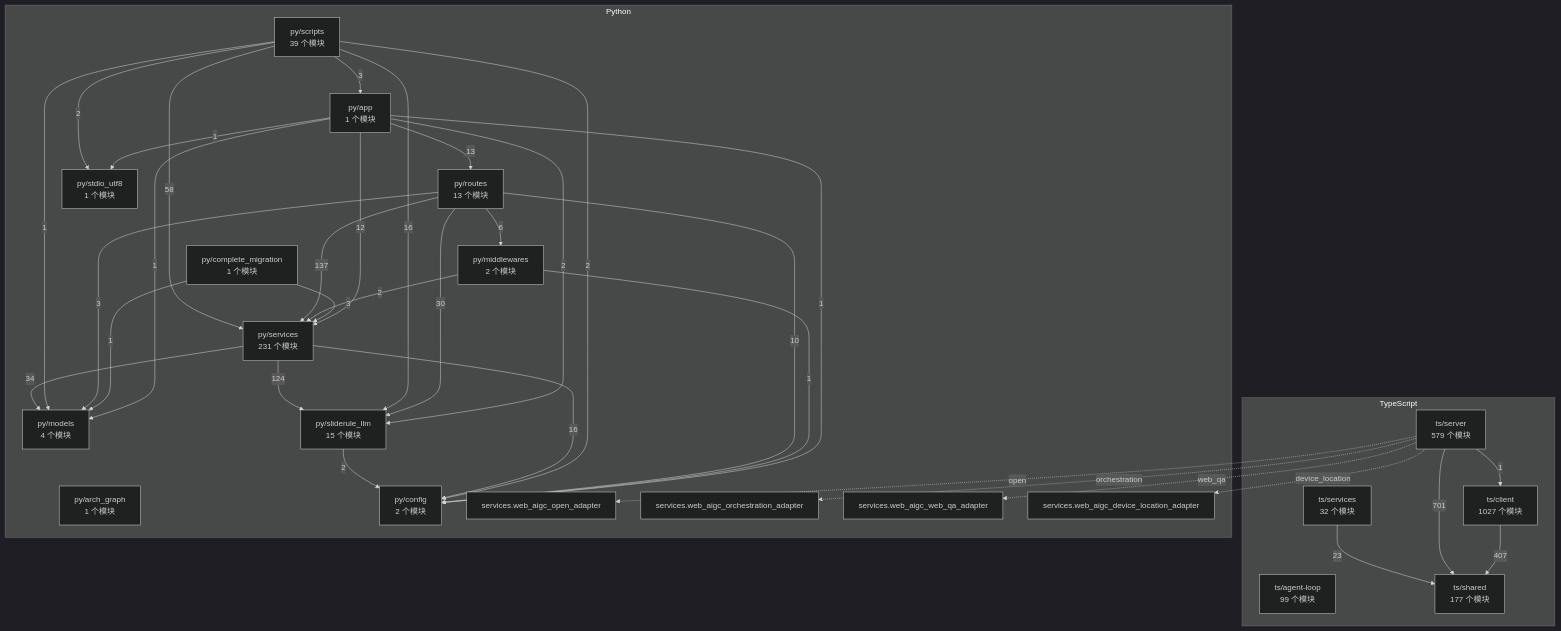
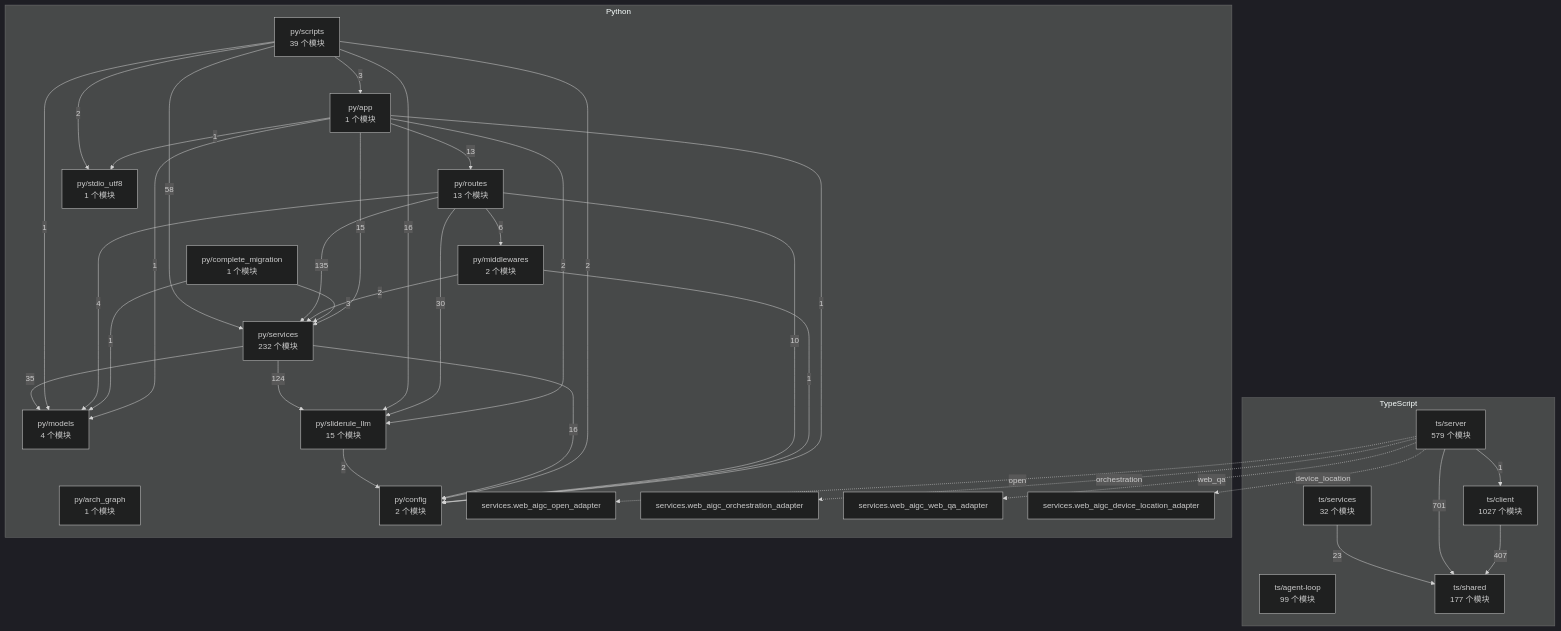
Before and after one commit to 2686521696/WhyBuddy: the diagram in docs/WhyBuddy 全仓架构图（自动生成）.md, drawn with Mermaid (dark theme). The commit also changed 14 other files, not shown here.

````diff
--- a/docs/WhyBuddy 全仓架构图（自动生成）.md
+++ b/docs/WhyBuddy 全仓架构图（自动生成）.md
@@ -14,60 +14,60 @@
 ```mermaid
 flowchart TB
   subgraph ts [TypeScript]
     ts_agent_loop["ts/agent-loop<br/>99 个模块"]
     ts_client["ts/client<br/>1027 个模块"]
     ts_server["ts/server<br/>579 个模块"]
     ts_services["ts/services<br/>32 个模块"]
     ts_shared["ts/shared<br/>177 个模块"]
   end
   subgraph py [Python]
     py_app["py/app<br/>1 个模块"]
     py_arch_graph["py/arch_graph<br/>1 个模块"]
     py_complete_migration["py/complete_migration<br/>1 个模块"]
     py_config["py/config<br/>2 个模块"]
     py_middlewares["py/middlewares<br/>2 个模块"]
     py_models["py/models<br/>4 个模块"]
     py_routes["py/routes<br/>13 个模块"]
     py_scripts["py/scripts<br/>39 个模块"]
-    py_services["py/services<br/>231 个模块"]
+    py_services["py/services<br/>232 个模块"]
     py_sliderule_llm["py/sliderule_llm<br/>15 个模块"]
     py_stdio_utf8["py/stdio_utf8<br/>1 个模块"]
     py_services_web_aigc_open_adapter["services.web_aigc_open_adapter"]
     py_services_web_aigc_orchestration_adapter["services.web_aigc_orchestration_adapter"]
     py_services_web_aigc_web_qa_adapter["services.web_aigc_web_qa_adapter"]
     py_services_web_aigc_device_location_adapter["services.web_aigc_device_location_adapter"]
   end
   ts_client -->|407| ts_shared
   ts_server -->|1| ts_client
   ts_server -->|701| ts_shared
   ts_services -->|23| ts_shared
   py_app -->|1| py_config
   py_app -->|1| py_models
   py_app -->|13| py_routes
-  py_app -->|12| py_services
+  py_app -->|15| py_services
   py_app -->|2| py_sliderule_llm
   py_app -->|1| py_stdio_utf8
   py_complete_migration -->|1| py_models
   py_complete_migration -->|3| py_services
   py_middlewares -->|1| py_config
   py_middlewares -->|2| py_services
   py_routes -->|10| py_config
   py_routes -->|6| py_middlewares
-  py_routes -->|3| py_models
-  py_routes -->|137| py_services
+  py_routes -->|4| py_models
+  py_routes -->|135| py_services
   py_routes -->|30| py_sliderule_llm
   py_scripts -->|3| py_app
   py_scripts -->|2| py_config
   py_scripts -->|1| py_models
   py_scripts -->|58| py_services
   py_scripts -->|16| py_sliderule_llm
   py_scripts -->|2| py_stdio_utf8
   py_services -->|16| py_config
-  py_services -->|34| py_models
+  py_services -->|35| py_models
   py_services -->|124| py_sliderule_llm
   py_sliderule_llm -->|2| py_config
   ts_server -.->|open| py_services_web_aigc_open_adapter
   ts_server -.->|orchestration| py_services_web_aigc_orchestration_adapter
   ts_server -.->|web_qa| py_services_web_aigc_web_qa_adapter
   ts_server -.->|device_location| py_services_web_aigc_device_location_adapter
 ```
````
